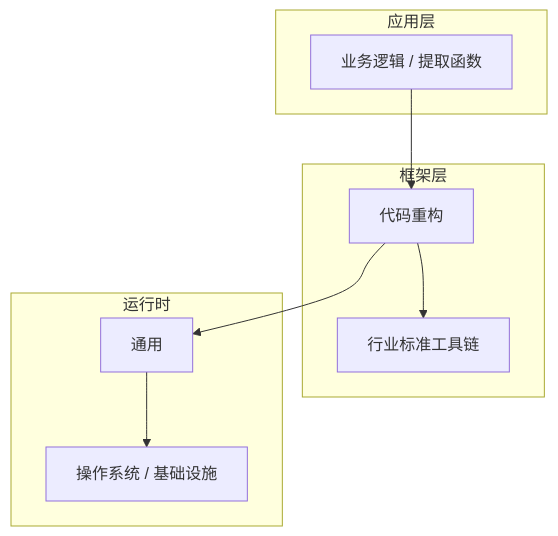
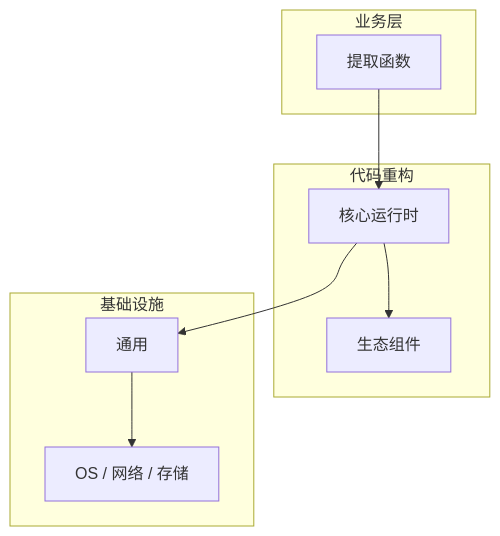
The diagram in articles/代码重构/chapters/013-提取函数核心概念与原理.md (yanggan2015/knowledge-json-v2), drawn with Mermaid before and after one commit. The commit also changed other lines of this file and 10127 other files, not shown here.

````diff
--- a/articles/代码重构/chapters/013-提取函数核心概念与原理.md
+++ b/articles/代码重构/chapters/013-提取函数核心概念与原理.md
@@ -45,18 +34,18 @@
 ```mermaid
 graph TB
-    subgraph 应用层
-        A[业务逻辑 / 提取函数]
+    subgraph 业务层
+        A[提取函数]
     end
-    subgraph 框架层
-        B[代码重构]
-        C[行业标准工具链]
+    subgraph 代码重构
+        B[核心运行时]
+        C[生态组件]
     end
-    subgraph 运行时
+    subgraph 基础设施
         D[通用]
-        E[操作系统 / 基础设施]
+        E[OS / 网络 / 存储]
     end
     A --> B
     B --> C
     B --> D
     D --> E
 ```
````
